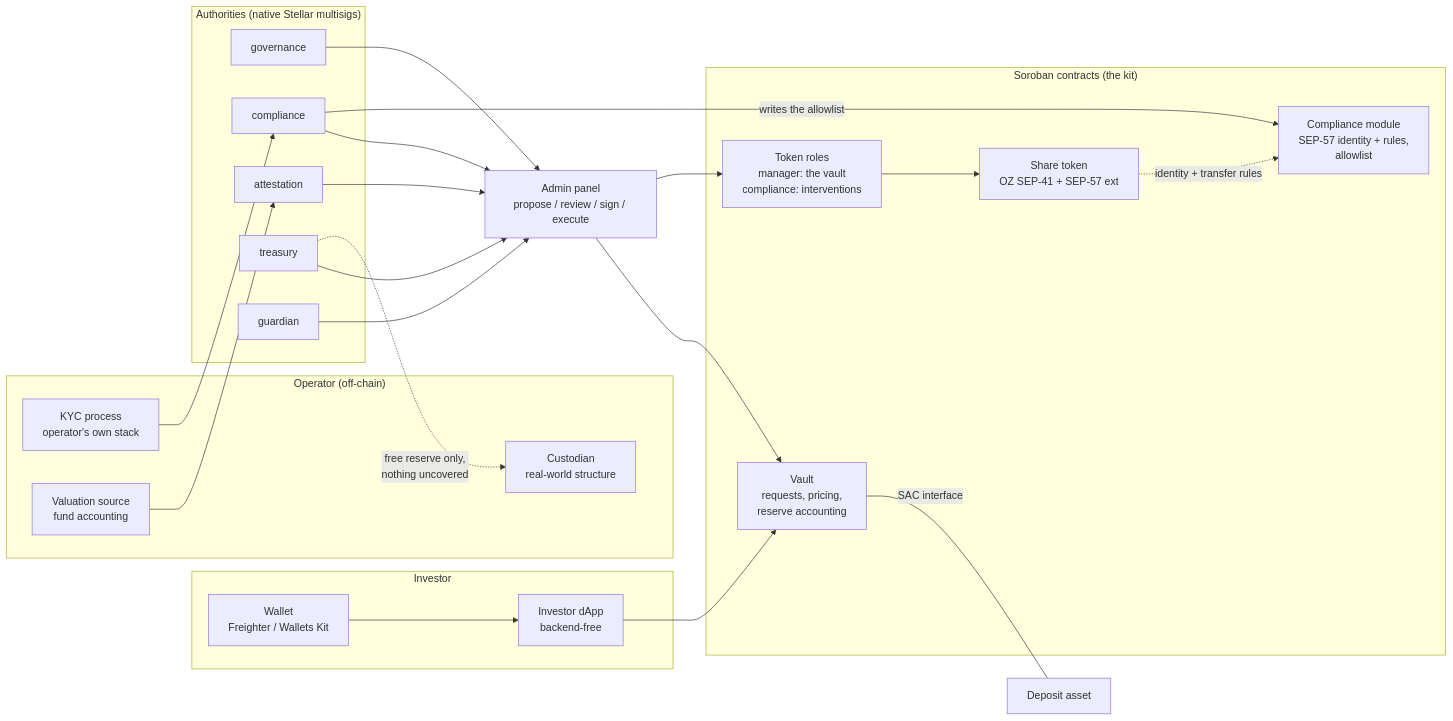
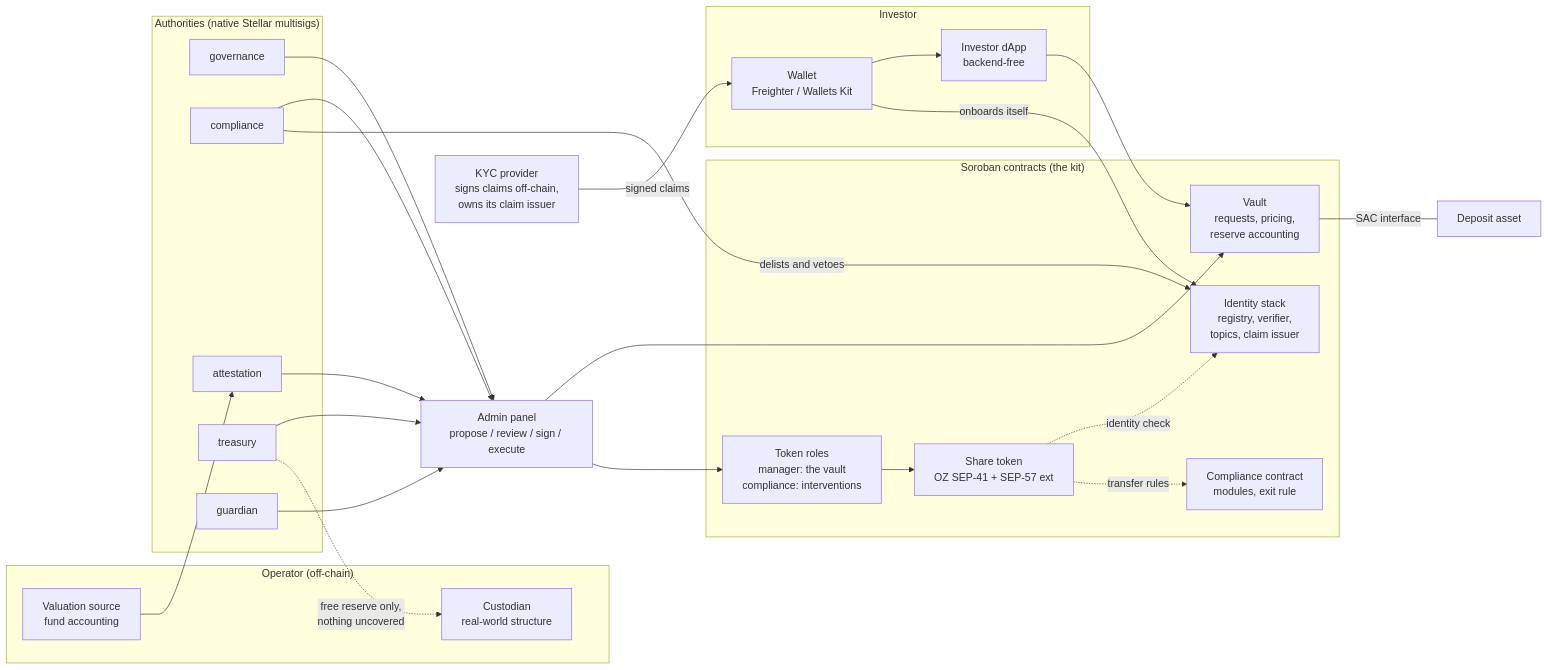
The second of 5 diagrams in docs/strata-product-and-architecture.md (BootNodeDev/strata-vault-kit), drawn with Mermaid before and after one commit. The commit also changed other lines of this file, not shown here.

Commit message:
docs: describe the identity stack in the design

````diff
--- a/docs/strata-product-and-architecture.md
+++ b/docs/strata-product-and-architecture.md
@@ -249,40 +262,44 @@
 ```mermaid
 flowchart LR
     subgraph Investor
         W[Wallet<br/>Freighter / Wallets Kit]
         LP[Investor dApp<br/>backend-free]
     end
 
+    KYC[KYC provider<br/>signs claims off-chain,<br/>owns its claim issuer]
+
     subgraph Operator["Operator (off-chain)"]
-        KYC[KYC process<br/>operator's own stack]
         VAL[Valuation source<br/>fund accounting]
         CUST[Custodian<br/>real-world structure]
     end
 
     subgraph Authorities["Authorities (native Stellar multisigs)"]
         GOV[governance]
         CMP[compliance]
         ATT[attestation]
         TRE[treasury]
         GRD[guardian]
     end
 
     subgraph Soroban["Soroban contracts (the kit)"]
         V[Vault<br/>requests, pricing,<br/>reserve accounting]
         ST[Share token<br/>OZ SEP-41 + SEP-57 ext]
         MGR[Token roles<br/>manager: the vault<br/>compliance: interventions]
-        CM[Compliance module<br/>SEP-57 identity + rules,<br/>allowlist]
+        ID[Identity stack<br/>registry, verifier,<br/>topics, claim issuer]
+        CM[Compliance contract<br/>modules, exit rule]
     end
 
     OPS[Admin panel<br/>propose / review / sign / execute]
 
     W --> LP --> V
-    KYC --> CMP
+    KYC -->|signed claims| W
+    W -->|onboards itself| ID
     VAL --> ATT
     GOV & CMP & ATT & TRE & GRD --> OPS --> V
     OPS --> MGR --> ST
-    CMP -->|writes the allowlist| CM
-    ST -.->|identity + transfer rules| CM
+    CMP -->|delists and vetoes| ID
+    ST -.->|identity check| ID
+    ST -.->|transfer rules| CM
     TRE -.->|free reserve only,<br/>nothing uncovered| CUST
     V ---|SAC interface| USDC[Deposit asset]
 ```
````
